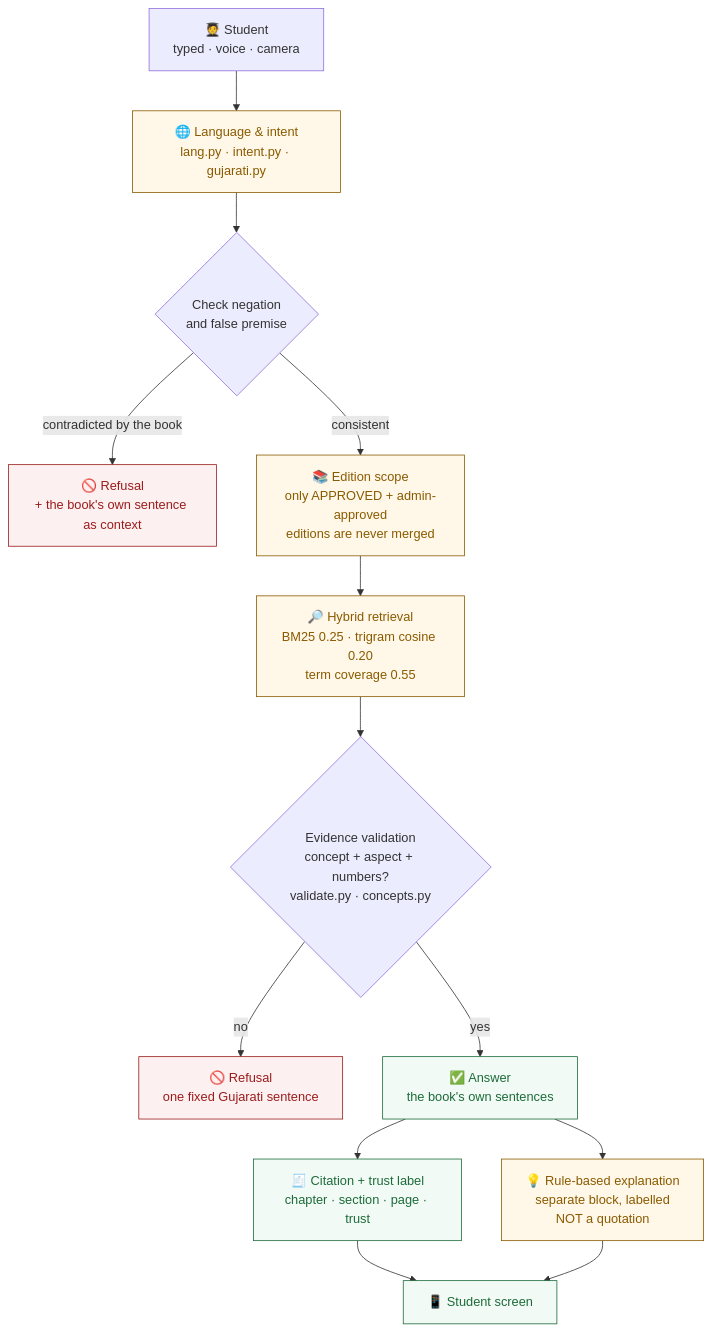
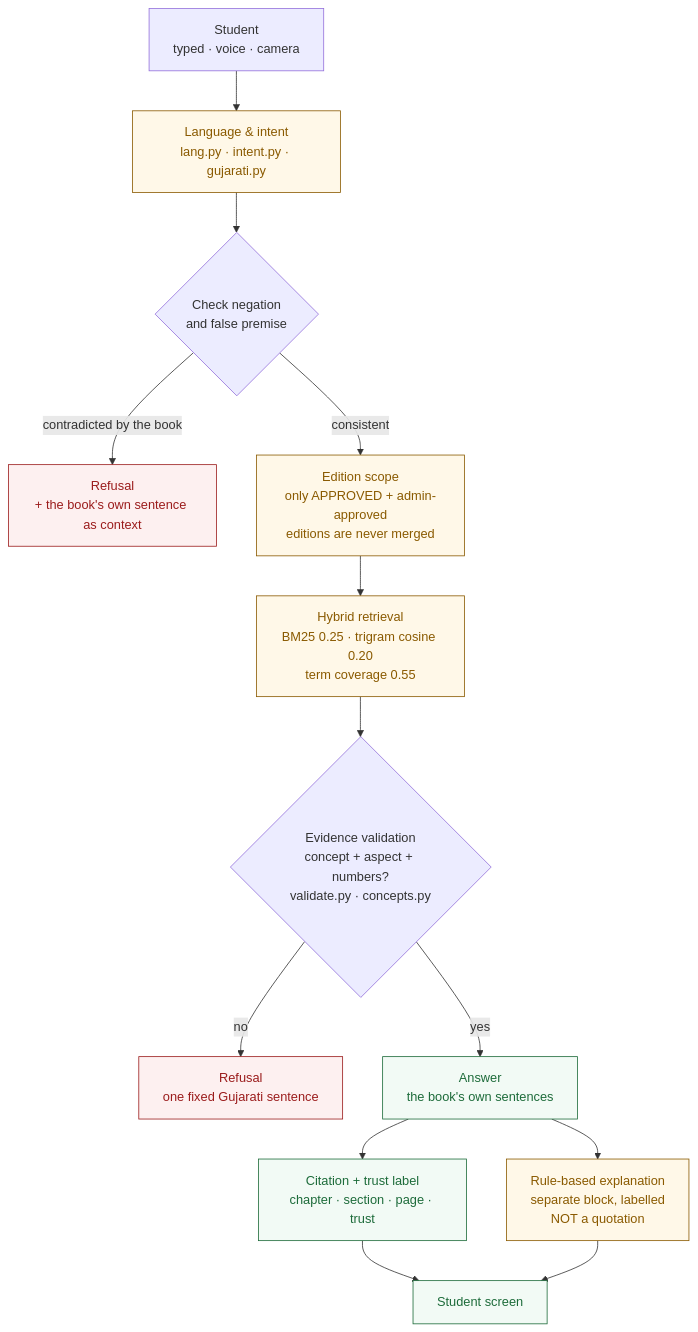
The diagram in README.md (dhundhwana-arch/GRANTH-AI), drawn with Mermaid before and after one commit. The commit also changed other lines of this file, not shown here.

Commit message:
docs: keep the mermaid diagram free of emoji and note the screenshot font limit
A diagram node that contains an emoji renders as an empty box for any viewer without
an emoji font, which looks like a broken diagram. The Mermaid flow now carries plain
text labels; the emoji remain in the prose headings, where they are decorative.

The screenshot note says plainly why a few emoji appear as small boxes in the images:
this documentation was captured in a container with no emoji font. The interface itself
renders them normally.

````diff
--- a/README.md
+++ b/README.md
@@ -181,22 +183,22 @@
 ```mermaid
 flowchart TD
-    S["🧑‍🎓 Student<br/>typed · voice · camera"] --> L["🌐 Language & intent<br/>lang.py · intent.py · gujarati.py"]
+    S["Student<br/>typed · voice · camera"] --> L["Language & intent<br/>lang.py · intent.py · gujarati.py"]
     L --> N{"Check negation<br/>and false premise"}
-    N -->|"contradicted by the book"| R1["🚫 Refusal<br/>+ the book's own sentence as context"]
-    N -->|"consistent"| E["📚 Edition scope<br/>only APPROVED + admin-approved<br/>editions are never merged"]
-    E --> H["🔎 Hybrid retrieval<br/>BM25 0.25 · trigram cosine 0.20<br/>term coverage 0.55"]
+    N -->|"contradicted by the book"| R1["Refusal<br/>+ the book's own sentence as context"]
+    N -->|"consistent"| E["Edition scope<br/>only APPROVED + admin-approved<br/>editions are never merged"]
+    E --> H["Hybrid retrieval<br/>BM25 0.25 · trigram cosine 0.20<br/>term coverage 0.55"]
     H --> V{"Evidence validation<br/>concept + aspect + numbers?<br/>validate.py · concepts.py"}
-    V -->|"no"| R2["🚫 Refusal<br/>one fixed Gujarati sentence"]
-    V -->|"yes"| A["✅ Answer<br/>the book's own sentences"]
-    A --> X["🧾 Citation + trust label<br/>chapter · section · page · trust"]
-    A --> P["💡 Rule-based explanation<br/>separate block, labelled<br/>NOT a quotation"]
-    X --> U["📱 Student screen"]
+    V -->|"no"| R2["Refusal<br/>one fixed Gujarati sentence"]
+    V -->|"yes"| A["Answer<br/>the book's own sentences"]
+    A --> X["Citation + trust label<br/>chapter · section · page · trust"]
+    A --> P["Rule-based explanation<br/>separate block, labelled<br/>NOT a quotation"]
+    X --> U["Student screen"]
     P --> U
 
     classDef ok fill:#f2faf5,stroke:#1d6b3a,color:#1d6b3a
     classDef bad fill:#fdf0f0,stroke:#9b1c1c,color:#9b1c1c
     classDef mid fill:#fff8e8,stroke:#8a5a00,color:#8a5a00
     class A,X,U ok
     class R1,R2 bad
     class L,E,H,P mid
 ```
````
